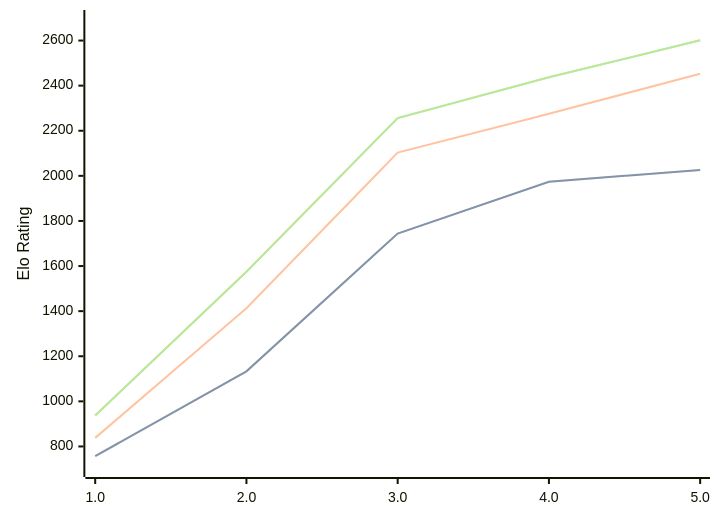
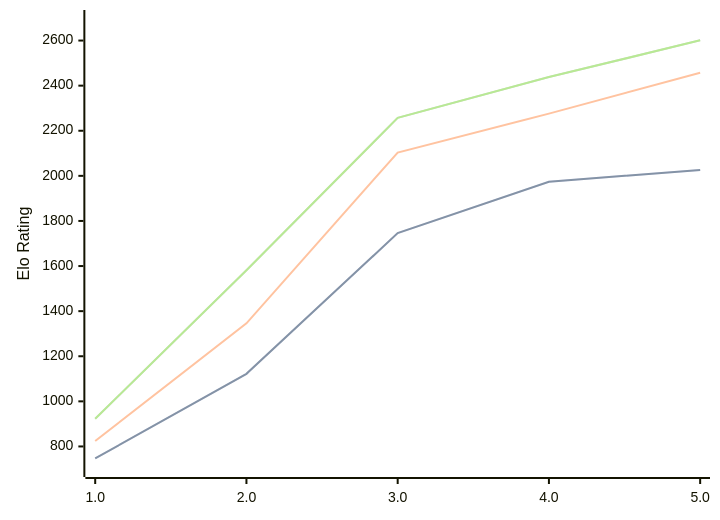
The diagram in engines/Pea.md (computer-chess-index/cci), drawn with Mermaid before and after one commit. The commit also changed other lines of this file, not shown here.

Commit message:
Update CCI Ratings (ELO VLTC) - 2026-04-19

````diff
--- a/engines/Pea.md
+++ b/engines/Pea.md
@@ -35,11 +35,11 @@
 ```mermaid
 %%{init: {"theme":"base","themeVariables":{"seriesColors:['#a3a3a3','#222221','#faa371']}}}%%
 xychart-beta
   x-axis ["1.0", "2.0", "3.0", "4.0", "5.0"]
   y-axis "Elo Rating" 700 --> 2700
-  line "STC (8.0+0.08s)" [757, 1133, 1744, 1974, 2026]
-  line "STC (8.0+0.08s)" [757, 1133, 1744, 1974, 2026]
-  line "LTC (60.0+0.60s)" [838, 1413, 2103, 2275, 2453]
-  line "VLTC (2m24s+1.12s)" [937, 1575, 2256, 2437, 2601]
-  line "VLTC (2m24s+1.12s)" [937, 1575, 2256, 2437, 2601]
+  line "STC (8.0+0.08s)" [747, 1122, 1746, 1974, 2026]
+  line "STC (8.0+0.08s)" [747, 1122, 1746, 1974, 2026]
+  line "LTC (60.0+0.60s)" [824, 1346, 2103, 2276, 2457]
+  line "VLTC (2m24s+1.12s)" [923, 1581, 2257, 2438, 2601]
+  line "VLTC (2m24s+1.12s)" [923, 1581, 2257, 2438, 2601]
 ```
````
